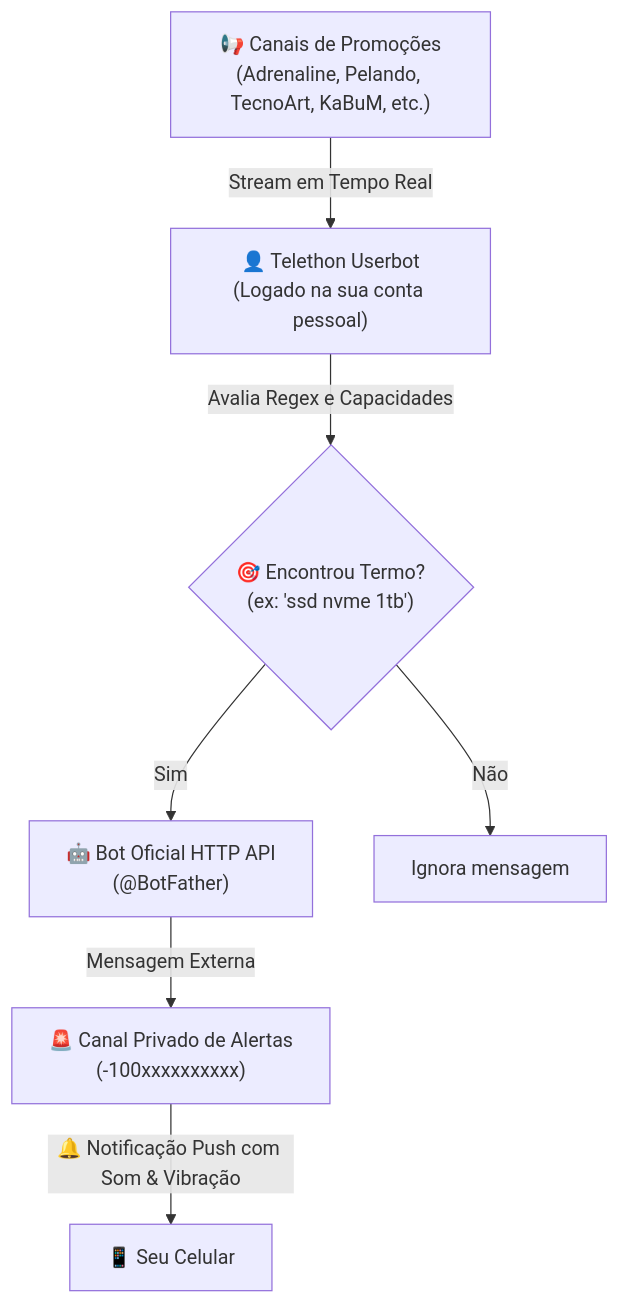
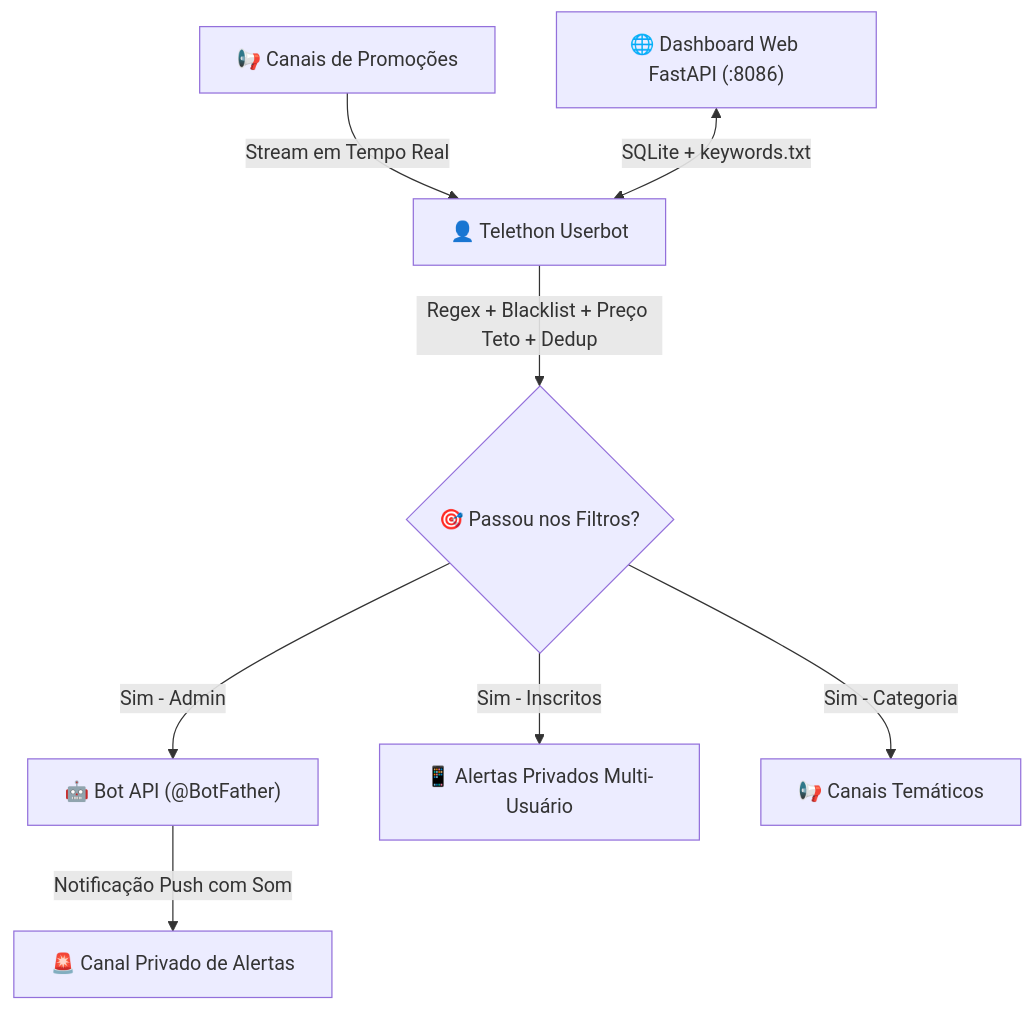
One commit to pexinn/BotofBots changed the diagram in README.md. Above: the diagram before and after it, drawn with Mermaid. The commit also changed other lines of this file and 32 other files, not shown here.

Commit message:
feat: implementa filtros de marca/preco, dedup, comandos telegram, multi-usuario, canais tematicos, dashboard web e deploy 1-click

````diff
--- a/README.md
+++ b/README.md
@@ -21,9 +17,10 @@
 ```mermaid
 flowchart TD
-    A["📢 Canais de Promoções<br/>(Adrenaline, Pelando, TecnoArt, KaBuM, etc.)"] -->|Stream em Tempo Real| B["👤 Telethon Userbot<br/>(Logado na sua conta pessoal)"]
-    B -->|Avalia Regex e Capacidades| C{"🎯 Encontrou Termo?<br/>(ex: 'ssd nvme 1tb')"}
-    C -->|Sim| D["🤖 Bot Oficial HTTP API<br/>(@BotFather)"]
-    C -->|Não| E["Ignora mensagem"]
-    D -->|Mensagem Externa| F["🚨 Canal Privado de Alertas<br/>(-100xxxxxxxxxx)"]
-    F -->|🔔 Notificação Push com Som & Vibração| G["📱 Seu Celular"]
+    A["📢 Canais de Promoções"] -->|Stream em Tempo Real| B["👤 Telethon Userbot"]
+    B -->|Regex + Blacklist + Preço Teto + Dedup| C{"🎯 Passou nos Filtros?"}
+    C -->|Sim - Admin| D["🤖 Bot API (@BotFather)"]
+    C -->|Sim - Inscritos| E["📱 Alertas Privados Multi-Usuário"]
+    C -->|Sim - Categoria| F["📢 Canais Temáticos"]
+    D -->|Notificação Push com Som| G["🚨 Canal Privado de Alertas"]
+    H["🌐 Dashboard Web FastAPI (:8086)"] <-->|SQLite + keywords.txt| B
 ```
````
